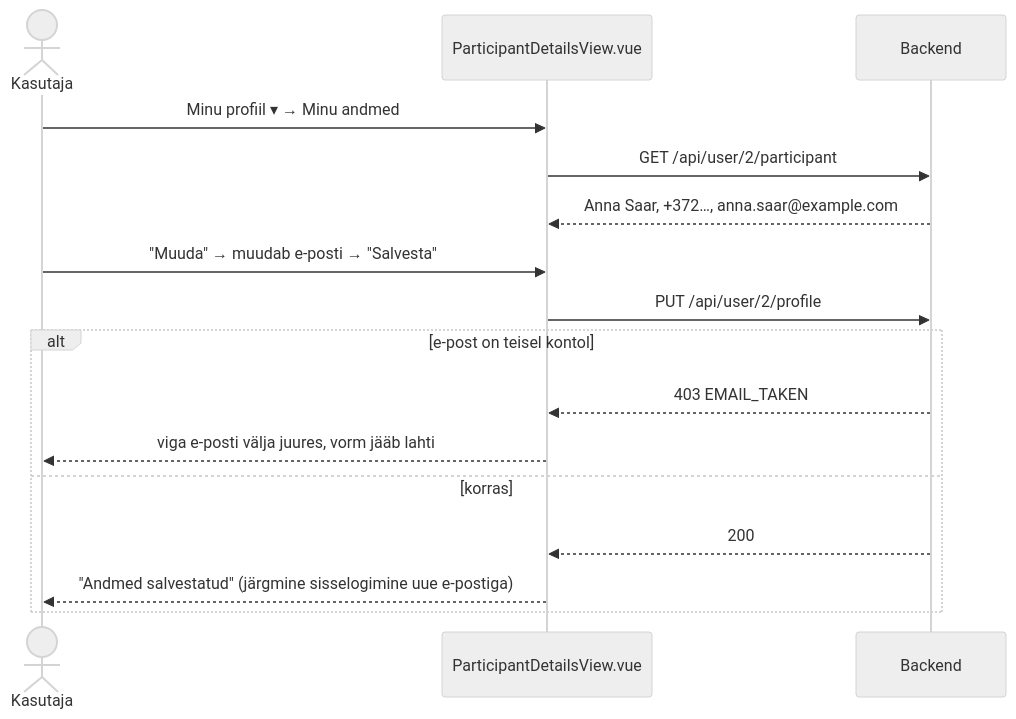
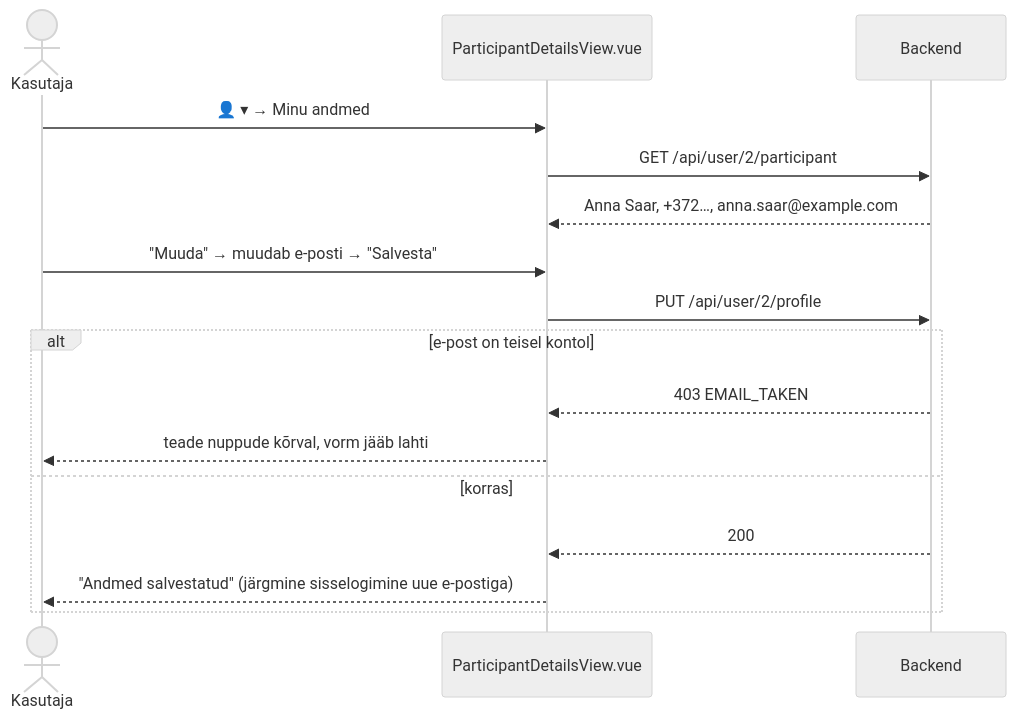
One commit to FredLehing/bcs-koolitused changed the second of 5 diagrams in docs/mock-wireframe/loo-mock-vaade/profile-view/profile-view-skeemid.md. Above: the diagram before and after it, drawn with Mermaid (neutral theme). The commit also changed other lines of this file and 30 other files, not shown here.

````diff
--- a/docs/mock-wireframe/loo-mock-vaade/profile-view/profile-view-skeemid.md
+++ b/docs/mock-wireframe/loo-mock-vaade/profile-view/profile-view-skeemid.md
@@ -116,19 +119,19 @@
 ```mermaid
 sequenceDiagram
     actor U as Kasutaja
     participant V as ParticipantDetailsView.vue
     participant BE as Backend
 
-    U->>V: Minu profiil ▾ → Minu andmed
+    U->>V: 👤 ▾ → Minu andmed
     V->>BE: GET /api/user/2/participant
     BE-->>V: Anna Saar, +372…, anna.saar@example.com
     U->>V: "Muuda" → muudab e-posti → "Salvesta"
     V->>BE: PUT /api/user/2/profile
     alt e-post on teisel kontol
         BE-->>V: 403 EMAIL_TAKEN
-        V-->>U: viga e-posti välja juures, vorm jääb lahti
+        V-->>U: teade nuppude kõrval, vorm jääb lahti
     else korras
         BE-->>V: 200
         V-->>U: "Andmed salvestatud" (järgmine sisselogimine uue e-postiga)
     end
 ```
````
